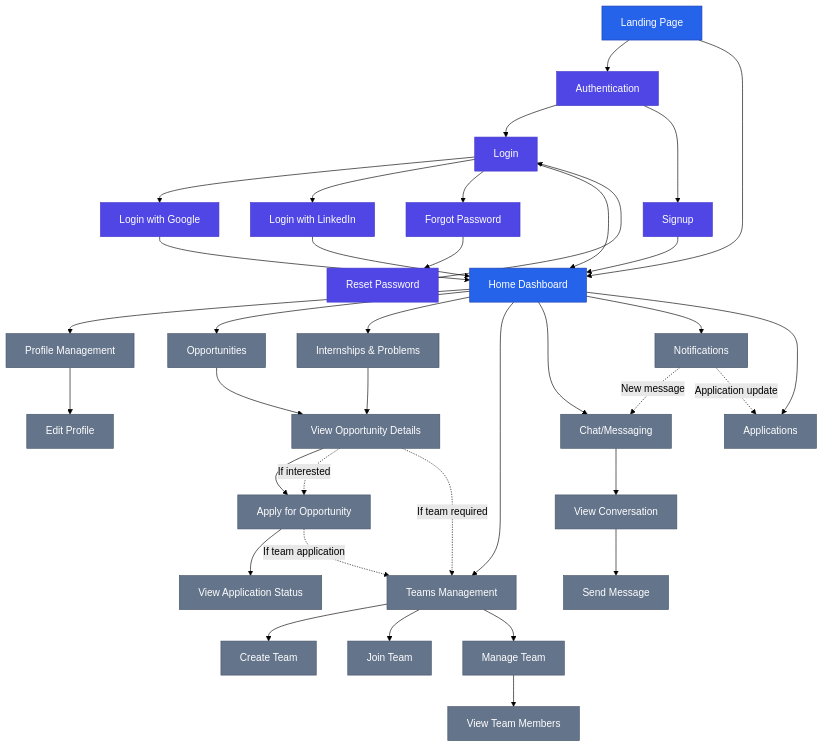
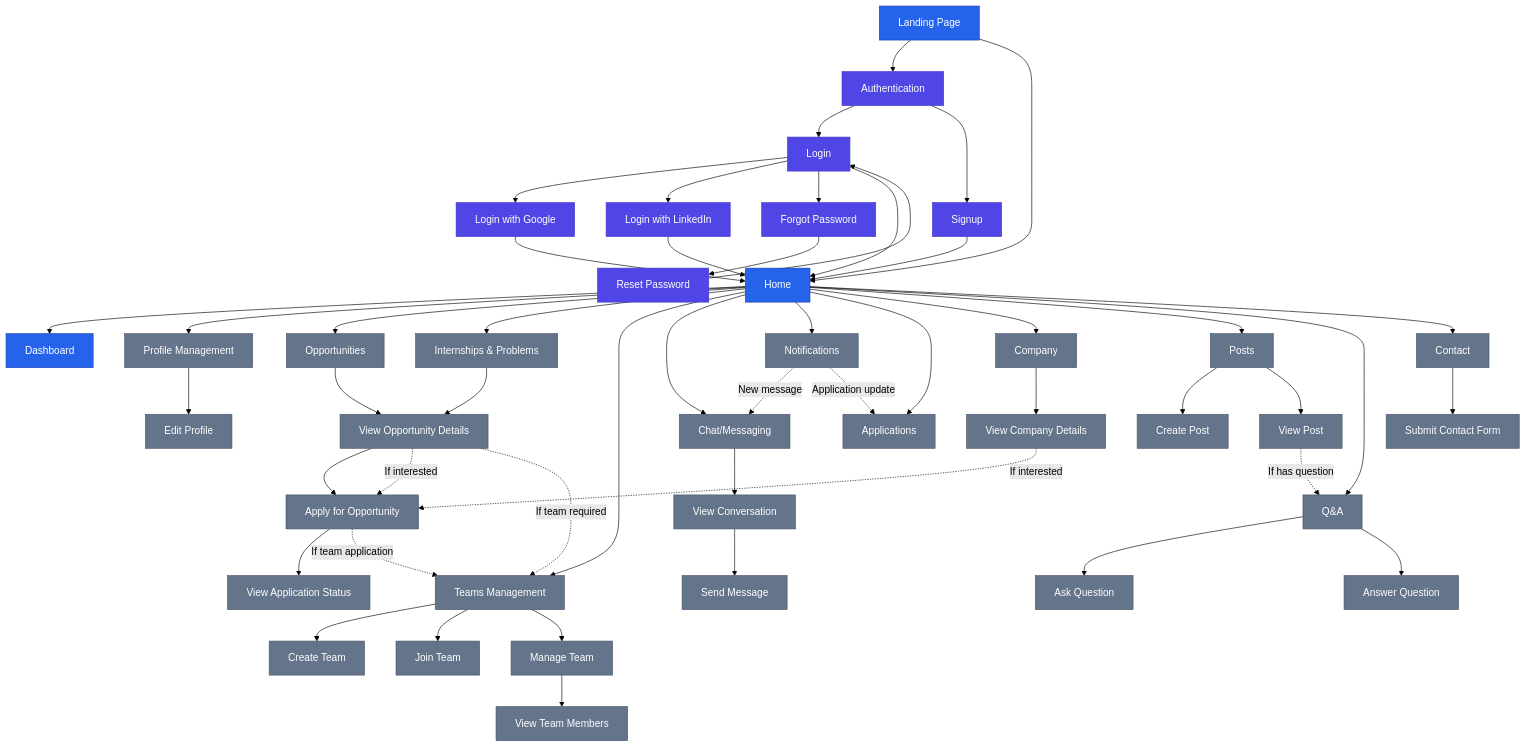
One commit to Zaki-goumri/projet-2cp-front changed the diagram in diagrams/user_flow_diagram.md. Above: the diagram before and after it, drawn with Mermaid (forest theme). The commit also changed other lines of this file and 6 other files, not shown here.

Commit message:
add some diagrams

````diff
--- a/diagrams/user_flow_diagram.md
+++ b/diagrams/user_flow_diagram.md
@@ -13,7 +13,8 @@
     OAuthLinkedIn["Login with LinkedIn"]
     
     %% Main Navigation Areas
-    Home["Home Dashboard"]
+    Home["Home"]
+    Dashboard["Dashboard"]
     Profile["Profile Management"]
     Opportunities["Opportunities"]
     Internships["Internships & Problems"]
@@ -21,6 +22,10 @@
     Chat["Chat/Messaging"]
     Notifications["Notifications"]
     Applications["Applications"]
+    Company["Company"]
+    Posts["Posts"]
+    QA["Q&A"]
+    Contact["Contact"]
     
     %% Detailed Flows
     ViewOpportunity["View Opportunity Details"]
@@ -33,6 +38,12 @@
     ViewConversation["View Conversation"]
     EditProfile["Edit Profile"]
     ViewApplication["View Application Status"]
+    ViewCompany["View Company Details"]
+    CreatePost["Create Post"]
+    ViewPost["View Post"]
+    AskQuestion["Ask Question"]
+    AnswerQuestion["Answer Question"]
+    SubmitContact["Submit Contact Form"]
     
     %% Connections
     Landing --> Auth
@@ -51,6 +62,7 @@
     OAuthLinkedIn --> Home
     ResetPassword --> Login
     
+    Home --> Dashboard
     Home --> Profile
     Home --> Opportunities
     Home --> Internships
@@ -58,6 +70,10 @@
     Home --> Chat
     Home --> Notifications
     Home --> Applications
+    Home --> Company
+    Home --> Posts
+    Home --> QA
+    Home --> Contact
     
     Opportunities --> ViewOpportunity
     ViewOpportunity --> ApplyOpportunity
@@ -75,12 +91,24 @@
     
     Profile --> EditProfile
     
+    Company --> ViewCompany
+    
+    Posts --> CreatePost
+    Posts --> ViewPost
+    
+    QA --> AskQuestion
+    QA --> AnswerQuestion
+    
+    Contact --> SubmitContact
+    
     %% Conditional Flows
     ViewOpportunity -.-> |"If interested"| ApplyOpportunity
     ViewOpportunity -.-> |"If team required"| Teams
     ApplyOpportunity -.-> |"If team application"| Teams
     Notifications -.-> |"New message"| Chat
     Notifications -.-> |"Application update"| Applications
+    ViewCompany -.-> |"If interested"| ApplyOpportunity
+    ViewPost -.-> |"If has question"| QA
     
     %% Styling
     classDef primary fill:#2563eb,stroke:#1e40af,color:white;
@@ -88,8 +116,8 @@
     classDef tertiary fill:#64748b,stroke:#475569,color:white;
     classDef success fill:#059669,stroke:#047857,color:white;
     
-    class Landing,Home primary;
+    class Landing,Home,Dashboard primary;
     class Auth,Login,Signup,ForgotPassword,ResetPassword,OAuthGoogle,OAuthLinkedIn secondary;
-    class Profile,Opportunities,Internships,Teams,Chat,Notifications,Applications tertiary;
-    class ViewOpportunity,ApplyOpportunity,CreateTeam,JoinTeam,ManageTeam,ViewTeamMembers,SendMessage,ViewConversation,EditProfile,ViewApplication tertiary;
+    class Profile,Opportunities,Internships,Teams,Chat,Notifications,Applications,Company,Posts,QA,Contact tertiary;
+    class ViewOpportunity,ApplyOpportunity,CreateTeam,JoinTeam,ManageTeam,ViewTeamMembers,SendMessage,ViewConversation,EditProfile,ViewApplication,ViewCompany,CreatePost,ViewPost,AskQuestion,AnswerQuestion,SubmitContact tertiary;
 ```
````
